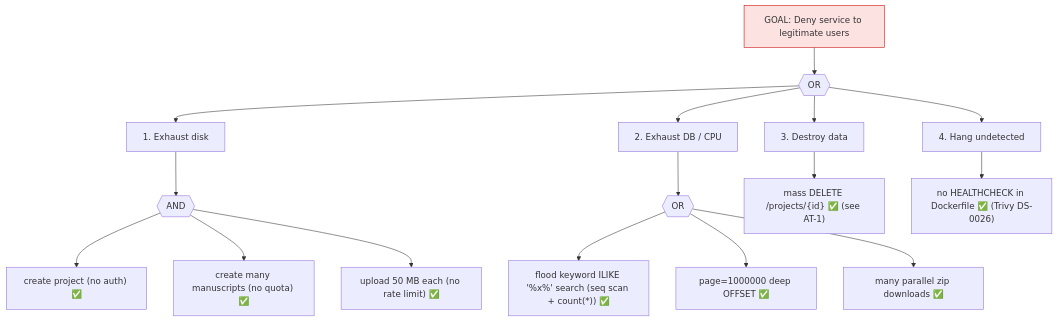
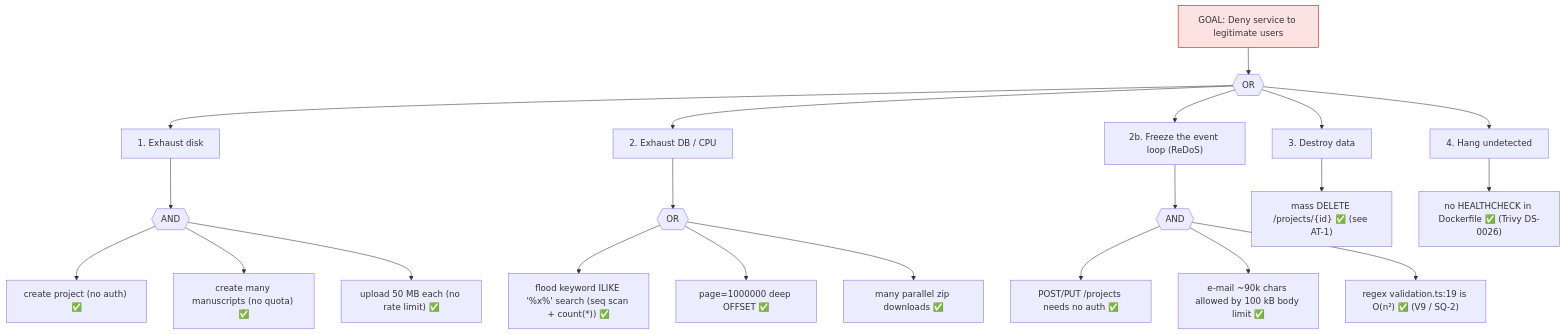
The third of 5 diagrams in pipeline-logs/pa2/security-analysis.md (alexastein/pp-artifact-indexer), drawn with Mermaid before and after one commit. The commit also changed other lines of this file and 2 other files, not shown here.

````diff
--- a/pipeline-logs/pa2/security-analysis.md
+++ b/pipeline-logs/pa2/security-analysis.md
@@ -140,20 +141,25 @@
 ```mermaid
 flowchart TD
     G["GOAL: Deny service to legitimate users"]:::goal
     G --> O{{OR}}
     O --> S["1. Exhaust disk"]
     S --> S1{{AND}}
     S1 --> S11["create project (no auth) ✅"]
     S1 --> S12["create many manuscripts (no quota) ✅"]
     S1 --> S13["upload 50 MB each (no rate limit) ✅"]
     O --> Q["2. Exhaust DB / CPU"]
     Q --> Q1{{OR}}
     Q1 --> Q11["flood keyword ILIKE '%x%' search (seq scan + count(*)) ✅"]
     Q1 --> Q12["page=1000000 deep OFFSET ✅"]
     Q1 --> Q13["many parallel zip downloads ✅"]
+    O --> X["2b. Freeze the event loop (ReDoS)"]
+    X --> X1{{AND}}
+    X1 --> X11["POST/PUT /projects needs no auth ✅"]
+    X1 --> X12["e-mail ~90k chars allowed by 100 kB body limit ✅"]
+    X1 --> X13["regex validation.ts:19 is O(n²) ✅ (V9 / SQ-2)"]
     O --> R["3. Destroy data"]
     R --> R1["mass DELETE /projects/{id} ✅ (see AT-1)"]
     O --> H["4. Hang undetected"]
     H --> H1["no HEALTHCHECK in Dockerfile ✅ (Trivy DS-0026)"]
     classDef goal fill:#fde2e2,stroke:#c00;
 ```
````
